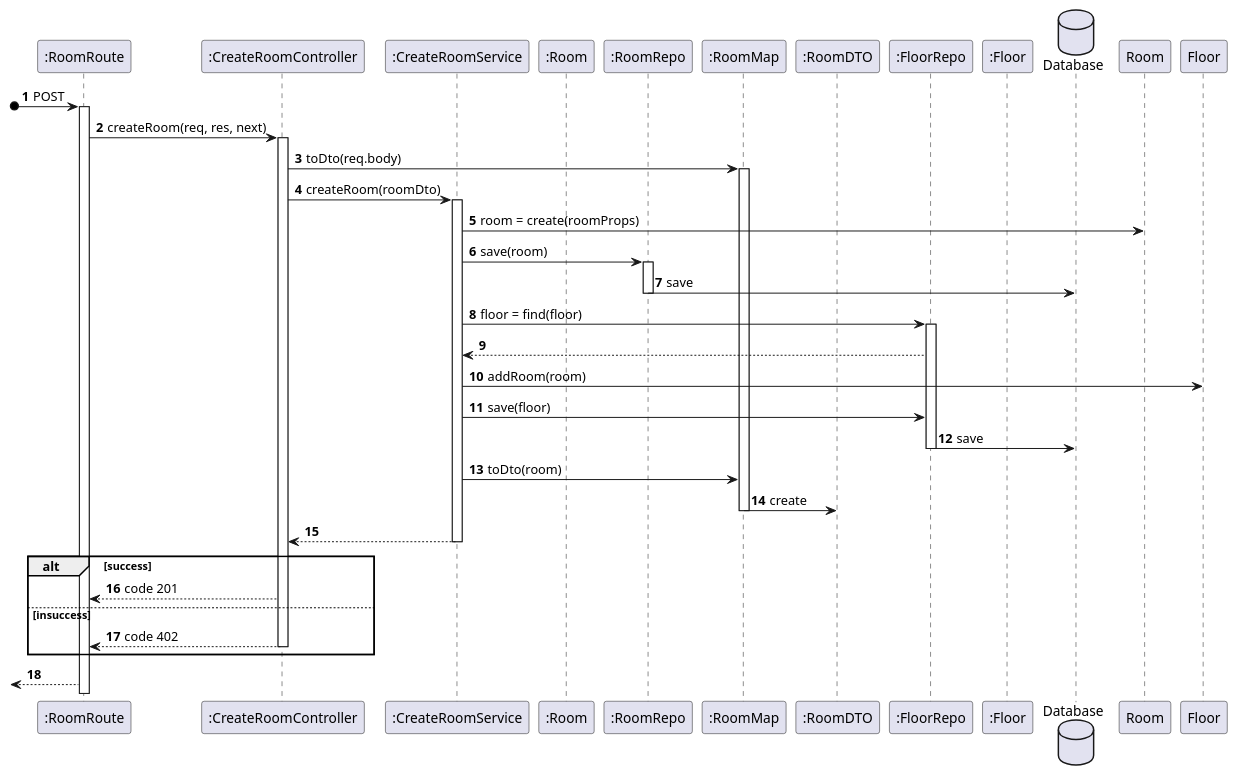
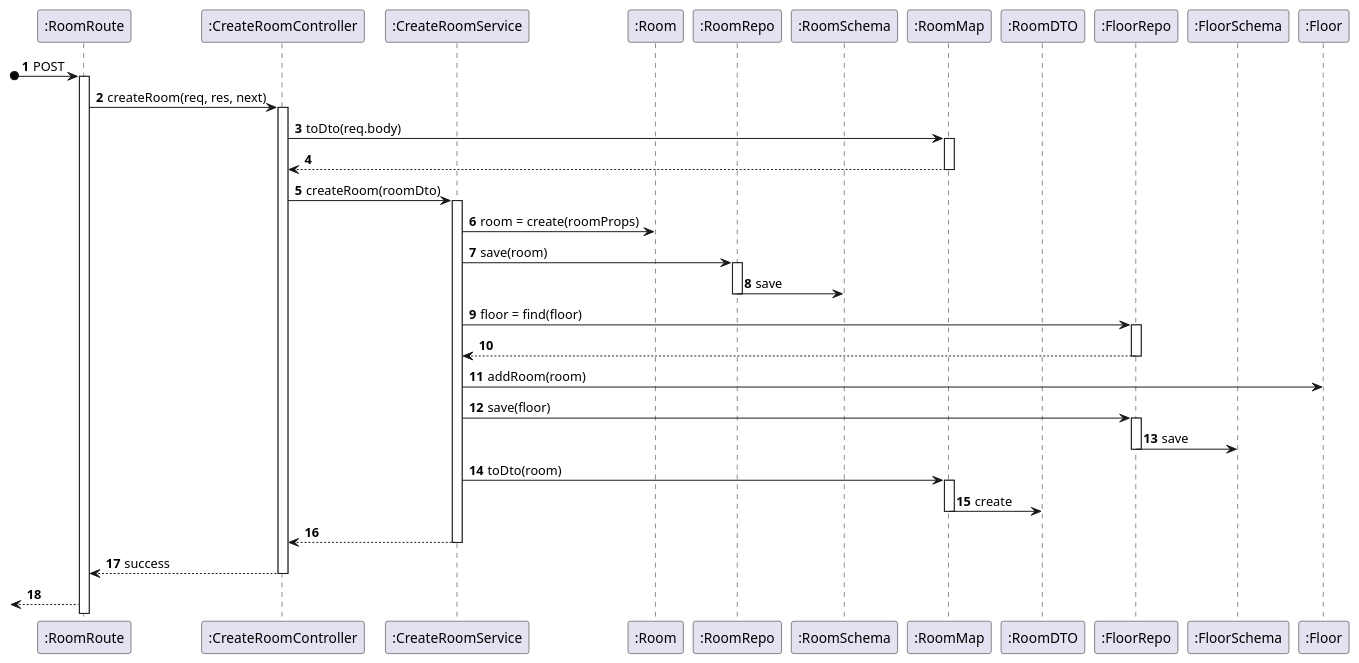
Before and after one commit to Pedro-Pereira1/sem5pi_23_24_g056: the diagram in docs/US_310/Diagrams/Level3/SequenceDiagramLevel3.puml, drawn with PlantUML. The commit also changed 2 other files, not shown here.

```diff
--- a/docs/US_310/Diagrams/Level3/SequenceDiagramLevel3.puml
+++ b/docs/US_310/Diagrams/Level3/SequenceDiagramLevel3.puml
@@ -1,64 +1,68 @@
 @startuml
 
 autonumber
 
 participant ":RoomRoute" as Route
 participant ":CreateRoomController" as Controller
 participant ":CreateRoomService" as Service
-participant ":Room"
+participant ":Room" as Room
 participant ":RoomRepo" as Repo
+participant ":RoomSchema" as Schema
 participant ":RoomMap" as Map
 participant ":RoomDTO" as DTO
 participant ":FloorRepo" as FloorRepo
-participant ":Floor"
-database Database
+participant ":FloorSchema" as FloorSchema
+participant ":Floor" as Floor
 
 ?o->Route: POST
 activate Route
 
 Route -> Controller: createRoom(req, res, next)
 activate Controller
 
 Controller -> Map: toDto(req.body)
 activate Map
+Controller <-- Map
+deactivate Map
 
 Controller -> Service: createRoom(roomDto)
 activate Service
 
 
 Service -> Room: room = create(roomProps)
 
 Service -> Repo: save(room)
 activate Repo
 
-Repo -> Database: save
+Repo -> Schema: save
 deactivate Repo
 
 Service -> FloorRepo: floor = find(floor)
 activate FloorRepo
 Service <-- FloorRepo
+deactivate FloorRepo
+
 Service -> Floor: addRoom(room)
+
 Service -> FloorRepo: save(floor)
+activate FloorRepo
 
-FloorRepo-> Database: save
+FloorRepo-> FloorSchema: save
 deactivate FloorRepo
 
 Service -> Map:toDto(room)
-
+activate Map
 Map -> DTO: create
 deactivate Map
 
 Service --> Controller:
 deactivate Service
 
-alt success
-Controller --> Route: code 201
-else insuccess
-Controller --> Route: code 402
+Controller --> Route: success
 deactivate Controller
-end alt
+
 <--Route:
 
 
 
 @enduml
```
